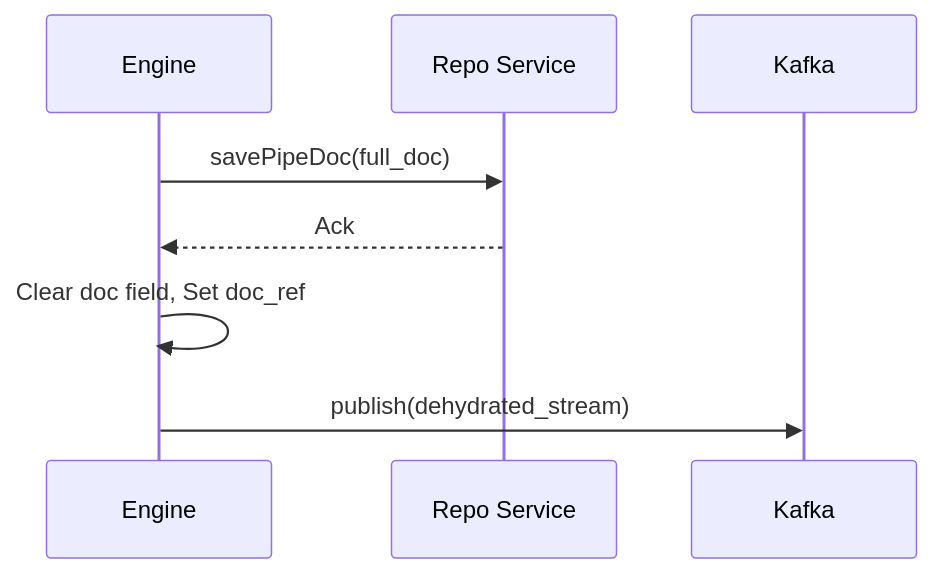
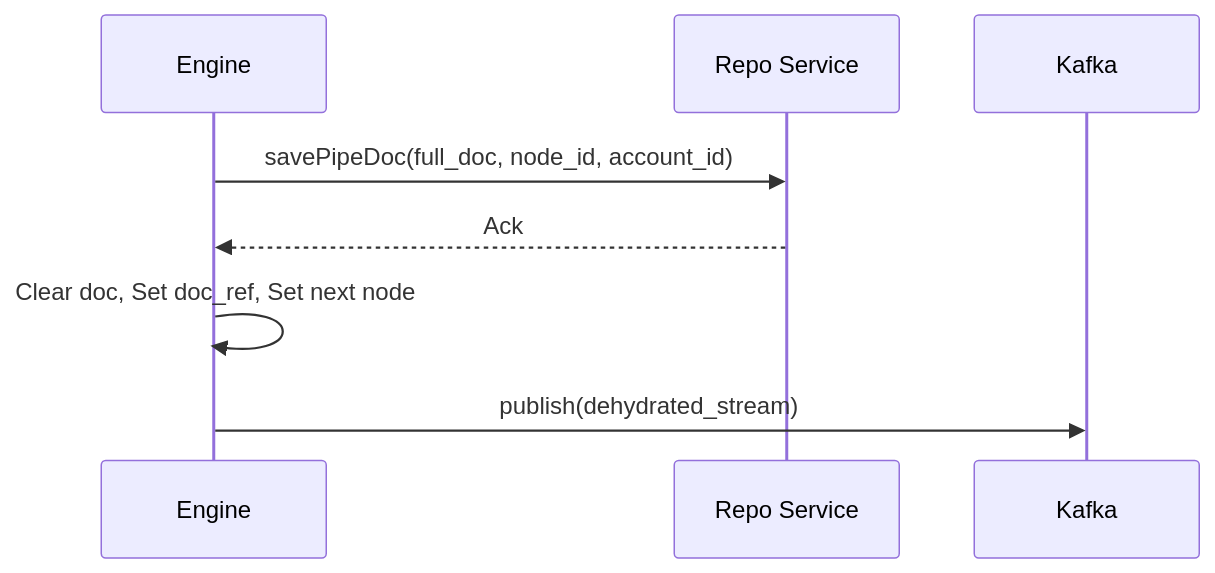
One commit to ai-pipestream/pipestream-engine changed the second of 3 diagrams in docs/architecture/05-hydration-model.md. Above: the diagram before and after it, drawn with Mermaid. The commit also changed other lines of this file, not shown here.

Commit message:
docs: Fix storage structure, account_id access, add blob lifecycle diagram

````diff
--- a/docs/architecture/05-hydration-model.md
+++ b/docs/architecture/05-hydration-model.md
@@ -110,11 +165,11 @@
 ```mermaid
 sequenceDiagram
     participant E as Engine
     participant R as Repo Service
     participant K as Kafka
     
-    E->>R: savePipeDoc(full_doc)
+    E->>R: savePipeDoc(full_doc, node_id, account_id)
     R-->>E: Ack
-    E->>E: Clear doc field, Set doc_ref
+    E->>E: Clear doc, Set doc_ref, Set next node
     E->>K: publish(dehydrated_stream)
 ```
````
